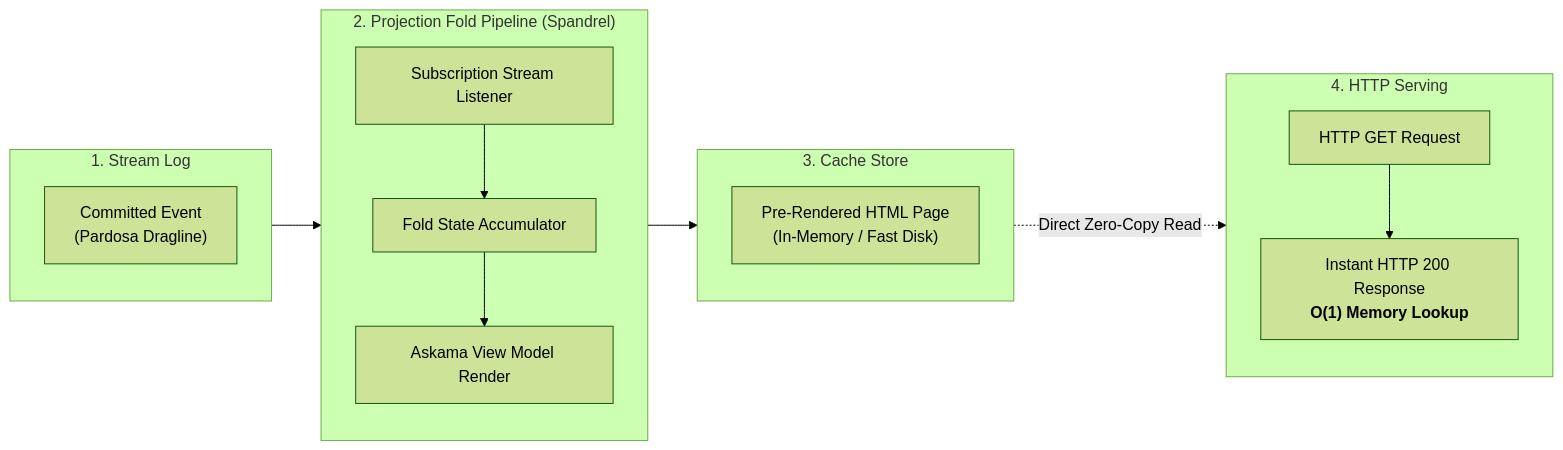
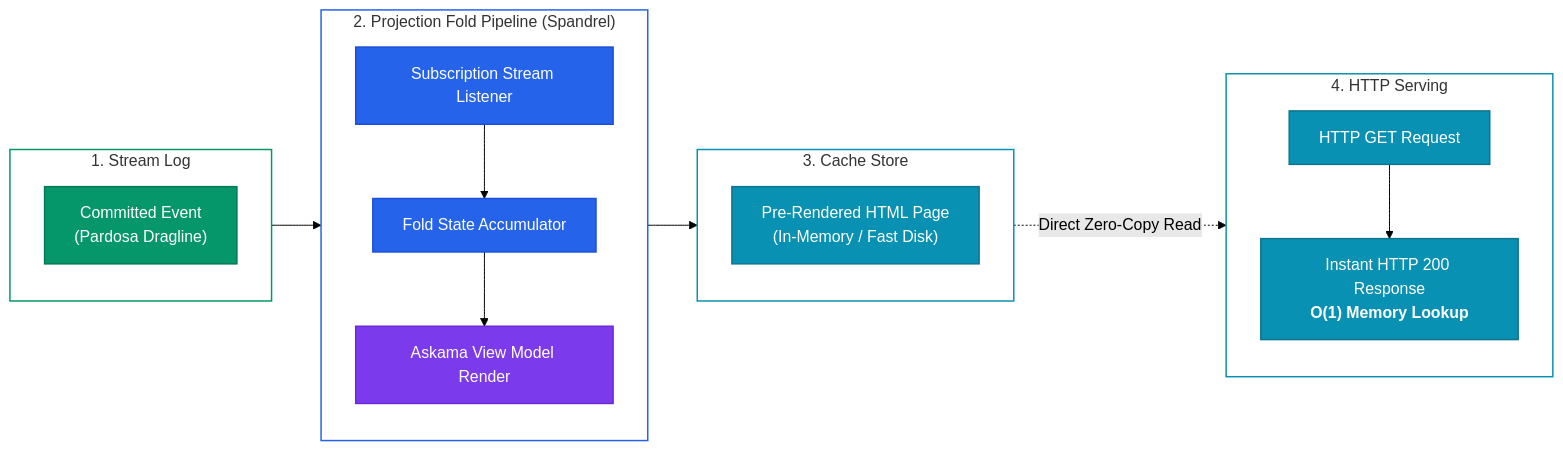
One commit to acje/acje.github.io changed the third of 4 diagrams in content/projects/spandrel/index.md. Above: the diagram before and after it, drawn with Mermaid (forest theme). The commit also changed other lines of this file and 2 other files, not shown here.

Commit message:
Modernize and unify Mermaid diagram color schemes across project presentations

````diff
--- a/content/projects/spandrel/index.md
+++ b/content/projects/spandrel/index.md
@@ -120,31 +153,46 @@
 ```mermaid
 flowchart LR
     subgraph Stream ["1. Stream Log"]
         direction TB
         E["Committed Event<br/>(Pardosa Dragline)"]
     end
 
     subgraph Fold ["2. Projection Fold Pipeline (Spandrel)"]
         direction TB
         SUB["Subscription Stream Listener"]
         ACCUM["Fold State Accumulator"]
         RENDER["Askama View Model Render"]
         SUB --> ACCUM --> RENDER
     end
 
     subgraph Storage ["3. Cache Store"]
         direction TB
         HTML["Pre-Rendered HTML Page<br/>(In-Memory / Fast Disk)"]
     end
 
     subgraph Edge ["4. HTTP Serving"]
         direction TB
         REQ["HTTP GET Request"]
         RESP["Instant HTTP 200 Response<br/><b>O(1) Memory Lookup</b>"]
         REQ --> RESP
     end
 
     E --> SUB
     RENDER --> HTML
     HTML -. Direct Zero-Copy Read .-> RESP
+
+    classDef green fill:#059669,stroke:#047857,stroke-width:1.5px,color:#ffffff
+    classDef blue fill:#2563eb,stroke:#1d4ed8,stroke-width:1.5px,color:#ffffff
+    classDef purple fill:#7c3aed,stroke:#6d28d9,stroke-width:1.5px,color:#ffffff
+    classDef cyan fill:#0891b2,stroke:#0e7490,stroke-width:1.5px,color:#ffffff
+
+    class E green
+    class SUB,ACCUM blue
+    class RENDER purple
+    class HTML,REQ,RESP cyan
+
+    style Stream fill:transparent,stroke:#059669,stroke-width:1.5px
+    style Fold fill:transparent,stroke:#2563eb,stroke-width:1.5px
+    style Storage fill:transparent,stroke:#0891b2,stroke-width:1.5px
+    style Edge fill:transparent,stroke:#0891b2,stroke-width:1.5px
 ```
````
